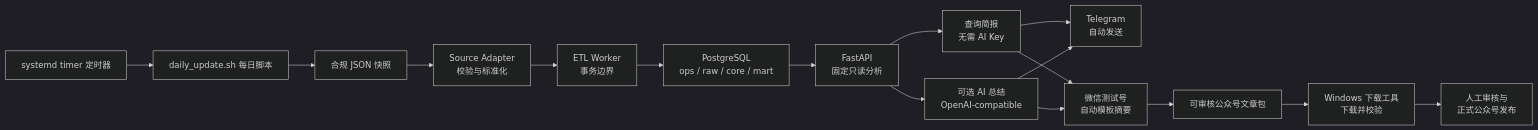
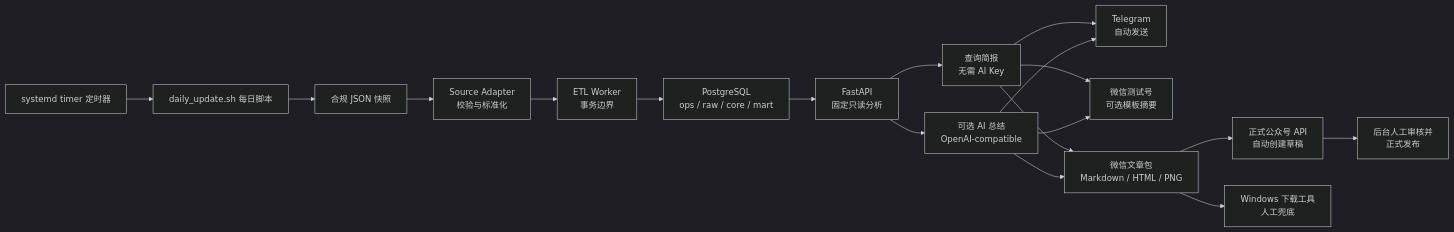
The diagram in README.zh-CN.md (Altriaqe/OpenJobFlow), drawn with Mermaid (dark theme) before and after one commit. The commit also changed other lines of this file and 8 other files, not shown here.

````diff
--- a/README.zh-CN.md
+++ b/README.zh-CN.md
@@ -46,18 +46,20 @@
 ```mermaid
 flowchart LR
     T["systemd timer 定时器"] --> W["daily_update.sh 每日脚本"]
     W --> A["合规 JSON 快照"]
     A --> B["Source Adapter<br/>校验与标准化"]
     B --> C["ETL Worker<br/>事务边界"]
     C --> D["PostgreSQL<br/>ops / raw / core / mart"]
     D --> E["FastAPI<br/>固定只读分析"]
     E --> F["查询简报<br/>无需 AI Key"]
     E --> G["可选 AI 总结<br/>OpenAI-compatible"]
     F --> H["Telegram<br/>自动发送"]
     G --> H
-    F --> I["微信测试号<br/>自动模板摘要"]
+    F --> I["微信测试号<br/>可选模板摘要"]
     G --> I
-    I --> J["可审核公众号文章包"]
-    J --> K["Windows 下载工具<br/>下载并校验"]
-    K --> L["人工审核与<br/>正式公众号发布"]
+    F --> J["微信文章包<br/>Markdown / HTML / PNG"]
+    G --> J
+    J --> K["正式公众号 API<br/>自动创建草稿"]
+    K --> L["后台人工审核并<br/>正式发布"]
+    J --> M["Windows 下载工具<br/>人工兜底"]
 ```
````
